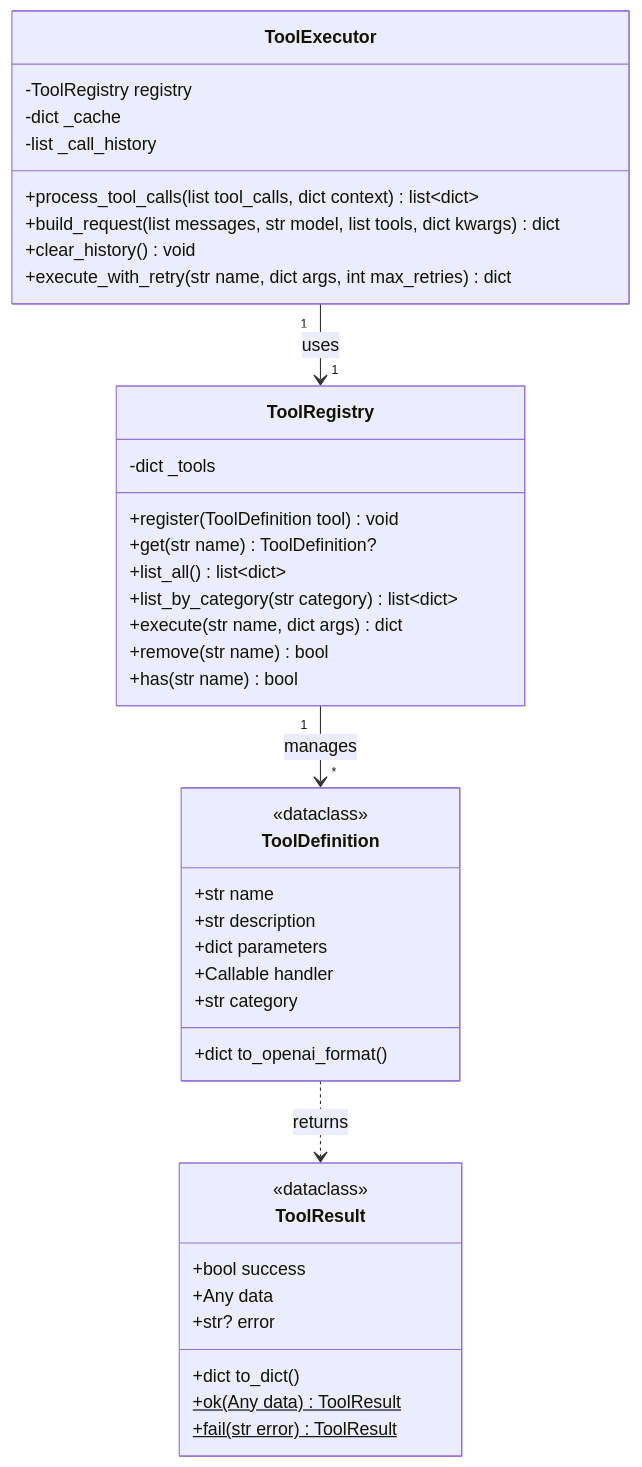
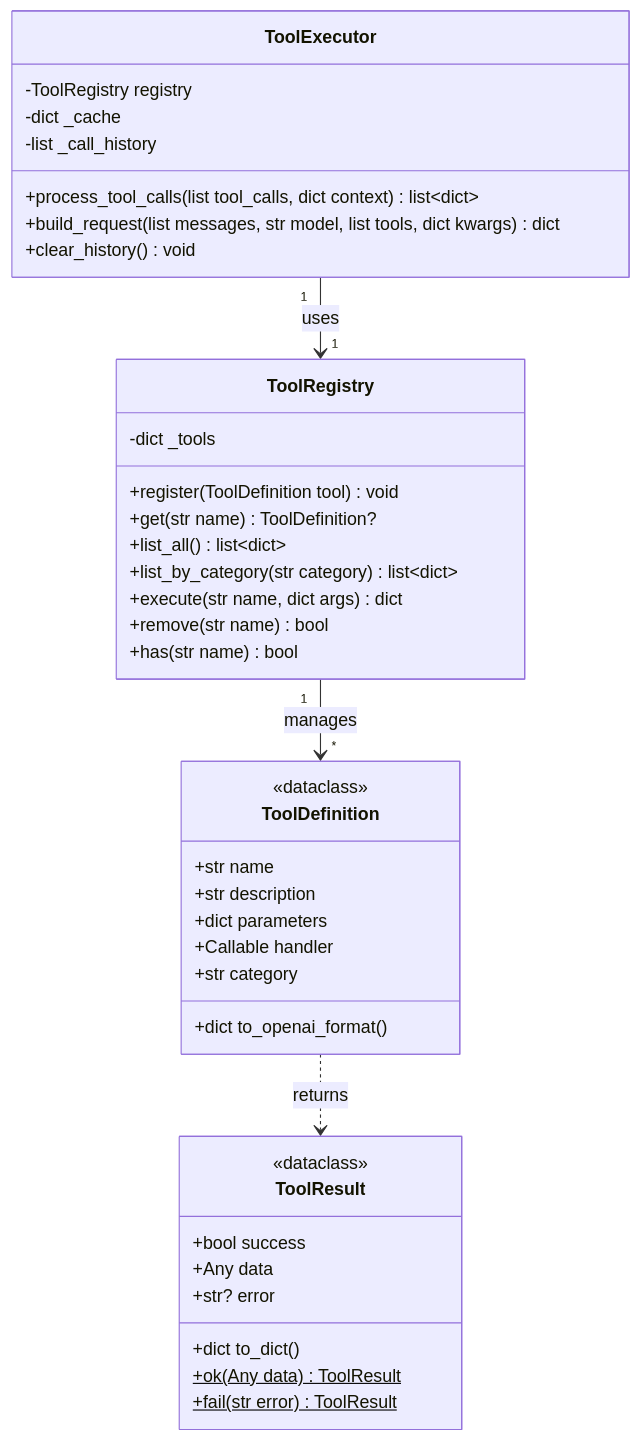
The first of 2 diagrams in docs/ToolSystemDesign.md (ViperEkura/nanoClaw), drawn with Mermaid before and after one commit. The commit also changed other lines of this file and 9 other files, not shown here.

````diff
--- a/docs/ToolSystemDesign.md
+++ b/docs/ToolSystemDesign.md
@@ -11,49 +11,48 @@
 ```mermaid
 classDiagram
     direction TB
 
     class ToolDefinition {
         <<dataclass>>
         +str name
         +str description
         +dict parameters
         +Callable handler
         +str category
         +dict to_openai_format()
     }
 
     class ToolRegistry {
         -dict _tools
         +register(ToolDefinition tool) void
         +get(str name) ToolDefinition?
         +list_all() list~dict~
         +list_by_category(str category) list~dict~
         +execute(str name, dict args) dict
         +remove(str name) bool
         +has(str name) bool
     }
 
     class ToolExecutor {
         -ToolRegistry registry
         -dict _cache
         -list _call_history
         +process_tool_calls(list tool_calls, dict context) list~dict~
         +build_request(list messages, str model, list tools, dict kwargs) dict
         +clear_history() void
-        +execute_with_retry(str name, dict args, int max_retries) dict
     }
 
     class ToolResult {
         <<dataclass>>
         +bool success
         +Any data
         +str? error
         +dict to_dict()
         +ok(Any data)$ ToolResult
         +fail(str error)$ ToolResult
     }
 
     ToolRegistry "1" --> "*" ToolDefinition : manages
     ToolExecutor "1" --> "1" ToolRegistry : uses
     ToolDefinition ..> ToolResult : returns
 ```
````
